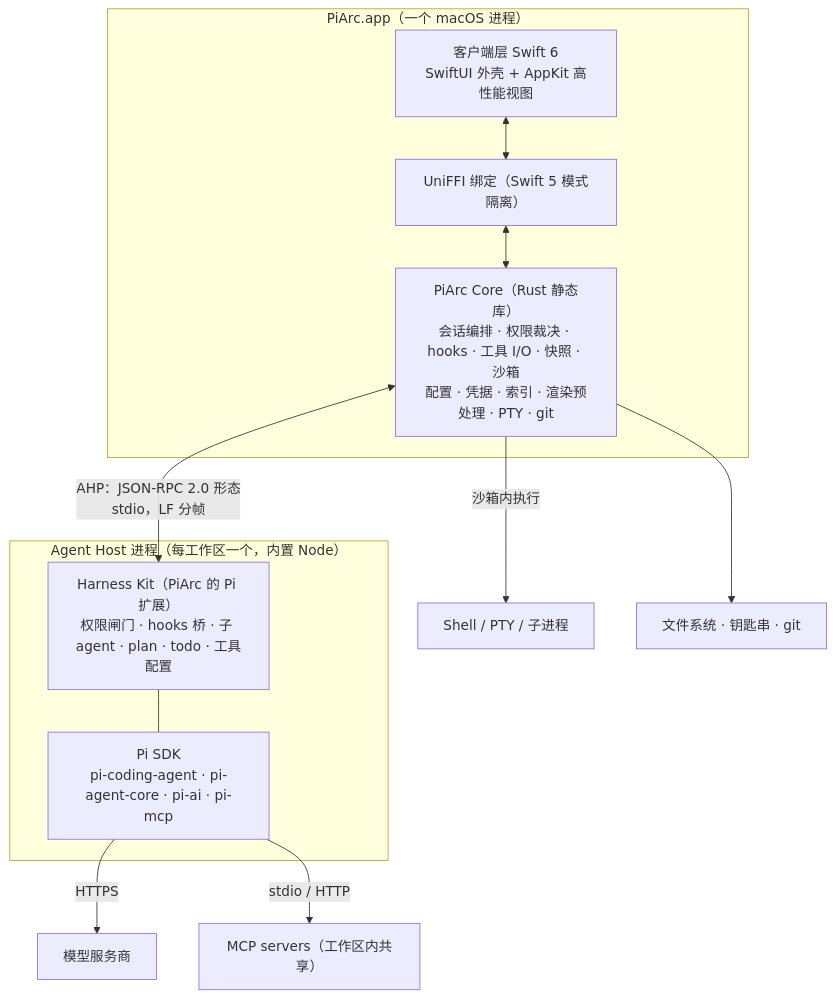
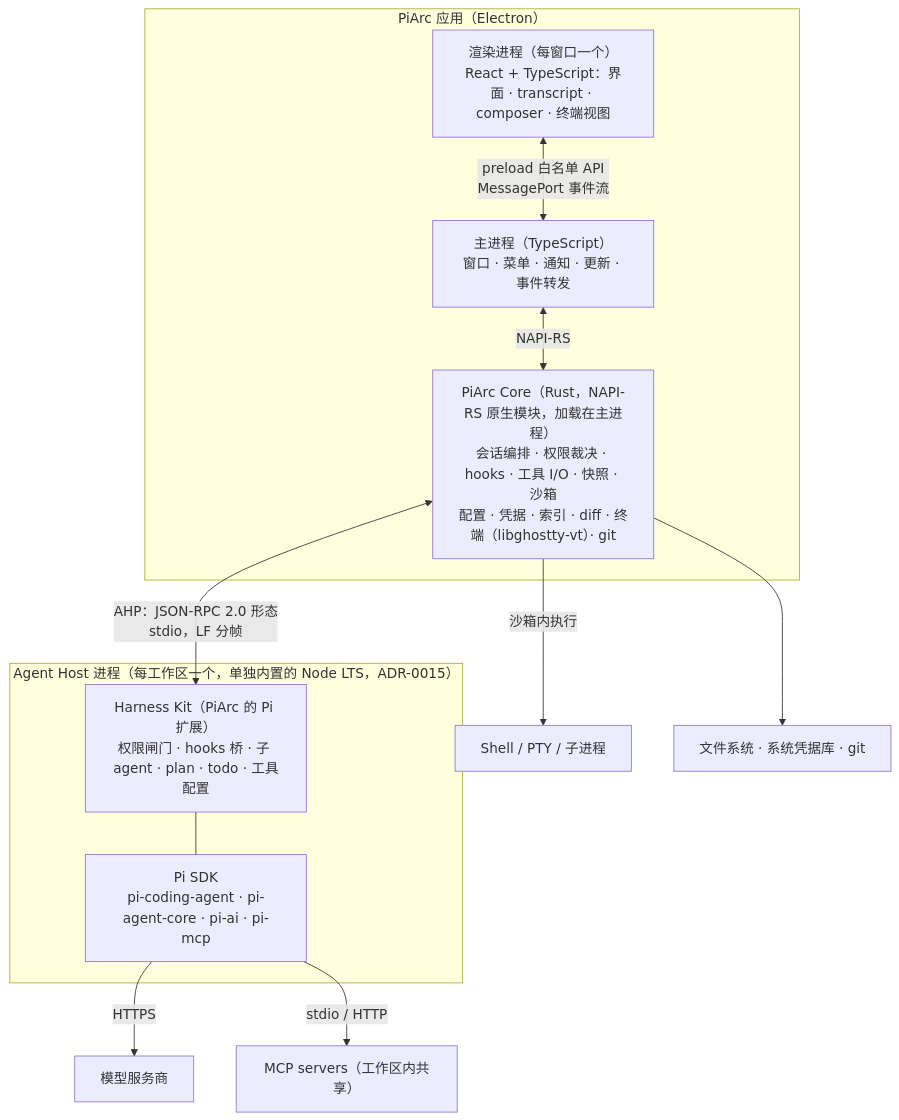
The first of 2 diagrams in docs/architecture/ARCHITECTURE.md (Refinex-Space/PiArc), drawn with Mermaid before and after one commit. The commit also changed other lines of this file and 21 other files, not shown here.

First line of the commit message:
docs: pivot desktop client to Electron + React for macOS and Windows

````diff
--- a/docs/architecture/ARCHITECTURE.md
+++ b/docs/architecture/ARCHITECTURE.md
@@ -112,19 +116,20 @@
 ```mermaid
 flowchart TB
-    subgraph App["PiArc.app（一个 macOS 进程）"]
-        UI["客户端层 Swift 6<br/>SwiftUI 外壳 + AppKit 高性能视图"]
-        FFI["UniFFI 绑定（Swift 5 模式隔离）"]
-        Core["PiArc Core（Rust 静态库）<br/>会话编排 · 权限裁决 · hooks · 工具 I/O · 快照 · 沙箱<br/>配置 · 凭据 · 索引 · 渲染预处理 · PTY · git"]
-        UI <--> FFI <--> Core
+    subgraph App["PiArc 应用（Electron）"]
+        UI["渲染进程（每窗口一个）<br/>React + TypeScript：界面 · transcript · composer · 终端视图"]
+        Main["主进程（TypeScript）<br/>窗口 · 菜单 · 通知 · 更新 · 事件转发"]
+        Core["PiArc Core（Rust，NAPI-RS 原生模块，加载在主进程）<br/>会话编排 · 权限裁决 · hooks · 工具 I/O · 快照 · 沙箱<br/>配置 · 凭据 · 索引 · diff · 终端（libghostty-vt）· git"]
+        UI <-->|"preload 白名单 API<br/>MessagePort 事件流"| Main
+        Main <-->|"NAPI-RS"| Core
     end
-    subgraph Host["Agent Host 进程（每工作区一个，内置 Node）"]
+    subgraph Host["Agent Host 进程（每工作区一个，单独内置的 Node LTS，ADR-0015）"]
         HK["Harness Kit（PiArc 的 Pi 扩展）<br/>权限闸门 · hooks 桥 · 子 agent · plan · todo · 工具配置"]
         Pi["Pi SDK<br/>pi-coding-agent · pi-agent-core · pi-ai · pi-mcp"]
         HK --- Pi
     end
     Core <-->|"AHP：JSON-RPC 2.0 形态<br/>stdio，LF 分帧"| HK
     Pi -->|HTTPS| LLM["模型服务商"]
     Pi -->|"stdio / HTTP"| MCP["MCP servers（工作区内共享）"]
     Core -->|"沙箱内执行"| Proc["Shell / PTY / 子进程"]
-    Core --> FS["文件系统 · 钥匙串 · git"]
+    Core --> FS["文件系统 · 系统凭据库 · git"]
 ```
````
